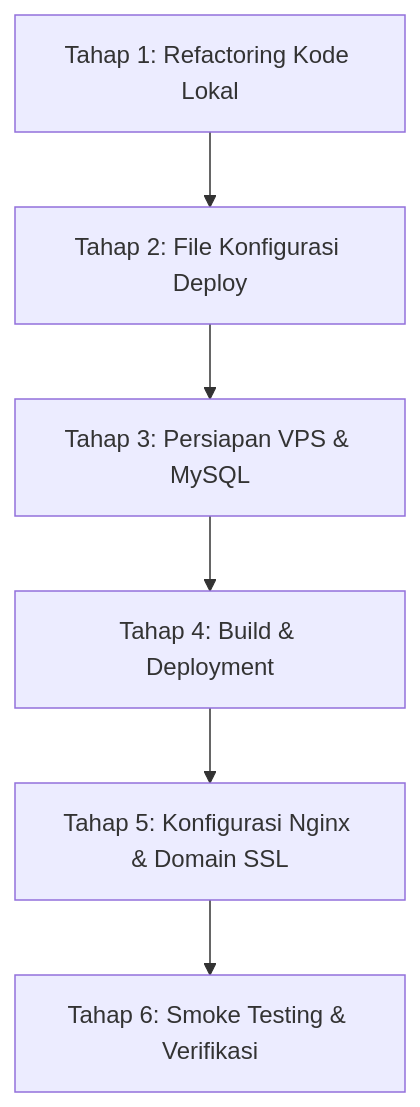
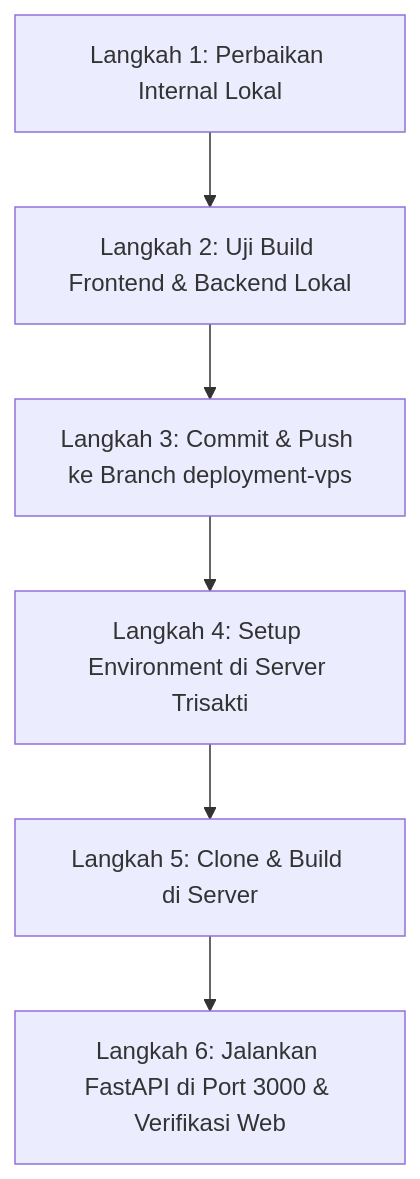
One commit to Noaaaaaw/Graphelp changed the diagram in DEPLOYMENT_PLAN.md. Above: the diagram before and after it, drawn with Mermaid. The commit also changed other lines of this file and 21 other files, not shown here.

Commit message:
feat(deploy): adaptasi internal subpath graphelp, models mysql, requirements, dan spa routing

````diff
--- a/DEPLOYMENT_PLAN.md
+++ b/DEPLOYMENT_PLAN.md
@@ -141,8 +99,8 @@
 ```mermaid
 flowchart TD
-    A[Tahap 1: Refactoring Kode Lokal] --> B[Tahap 2: File Konfigurasi Deploy]
-    B --> C[Tahap 3: Persiapan VPS & MySQL]
-    C --> D[Tahap 4: Build & Deployment]
-    D --> E[Tahap 5: Konfigurasi Nginx & Domain SSL]
-    E --> F[Tahap 6: Smoke Testing & Verifikasi]
+    A[Langkah 1: Perbaikan Internal Lokal] --> B[Langkah 2: Uji Build Frontend & Backend Lokal]
+    B --> C[Langkah 3: Commit & Push ke Branch deployment-vps]
+    C --> D[Langkah 4: Setup Environment di Server Trisakti]
+    D --> E[Langkah 5: Clone & Build di Server]
+    E --> F[Langkah 6: Jalankan FastAPI di Port 3000 & Verifikasi Web]
 ```
````
